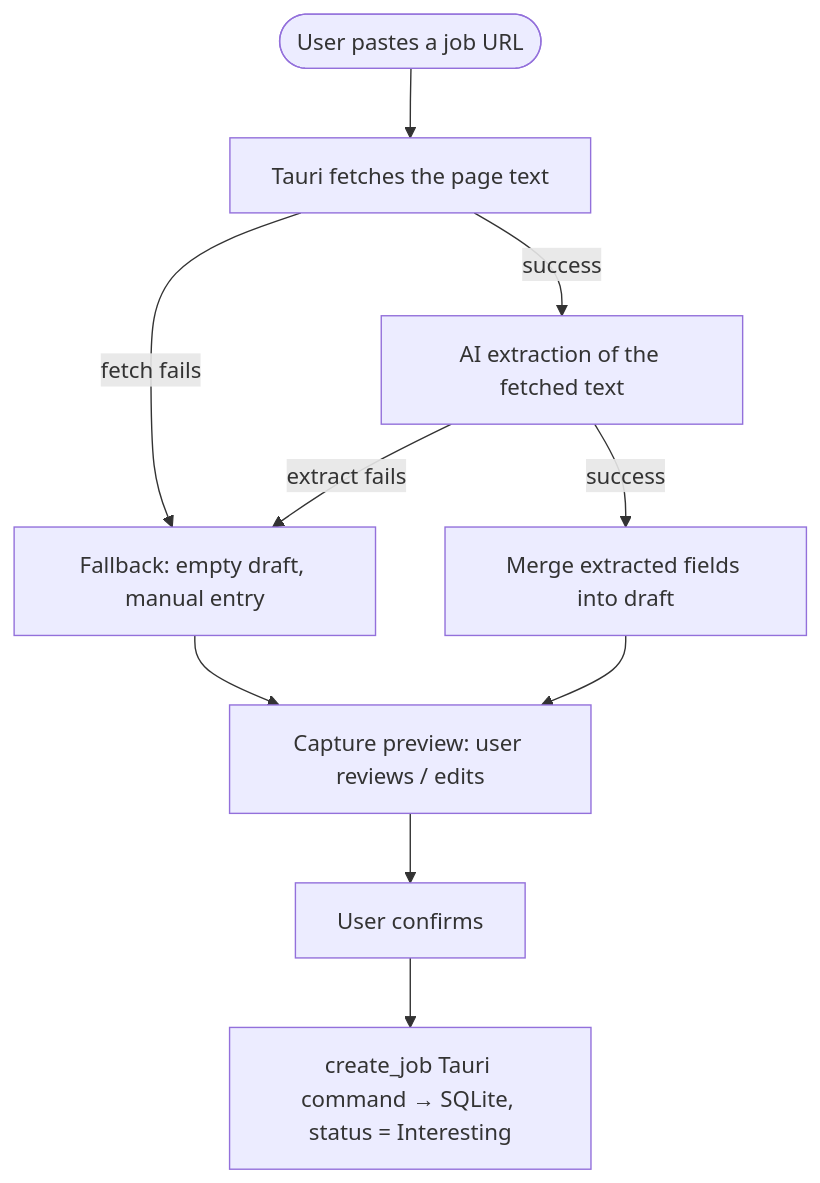
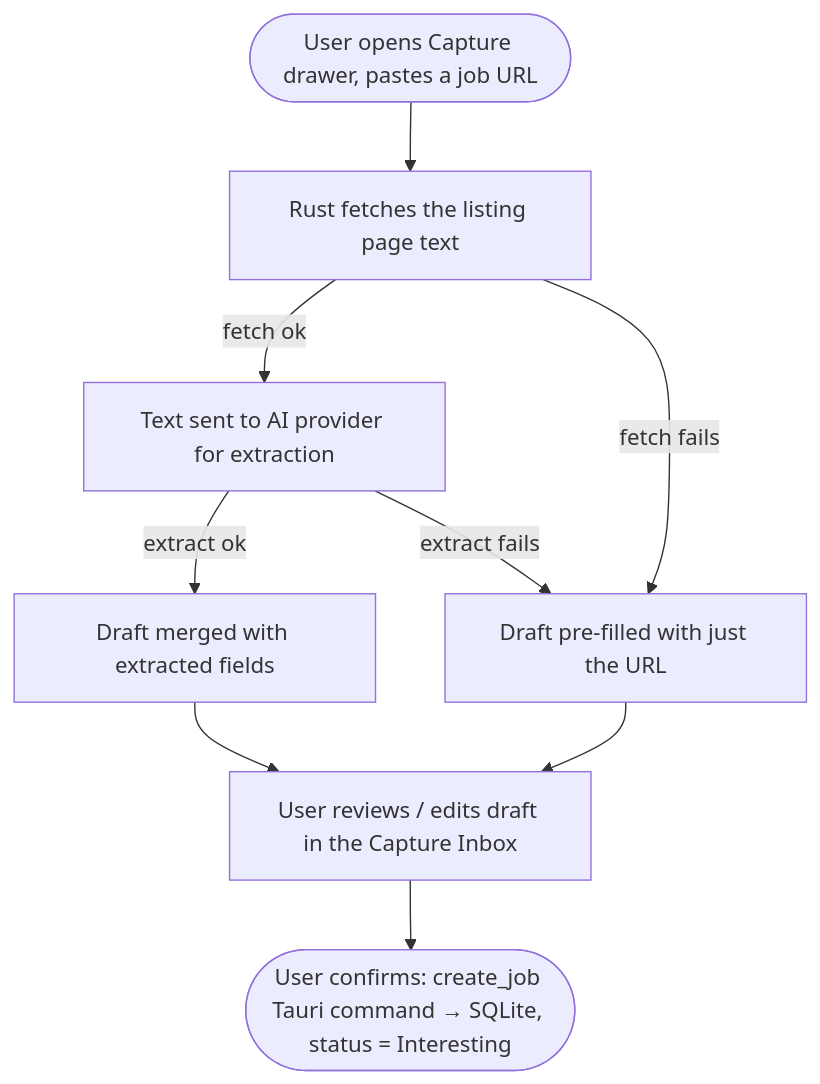
One commit to eikrad/Job-Tracker changed the third of 8 diagrams in docs/architecture.md. Above: the diagram before and after it, drawn with Mermaid. The commit also changed other lines of this file and 2 other files, not shown here.

Commit message:
docs: fix stale status pipeline, dedupe README, document missing features
- README's "How it works" diagram and Job Search section still showed
  the old Interesting → Applied → Interview → Offer pipeline and a
  3-platform search list; both are stale versus DEFAULT_STATUSES and the
  shipped 4th platform (The Hub)
- README had duplicate "Job detail page"/"Light-dark theme" bullets and
  two full copies of the Documentation and Tech Stack tables from
  incremental edits — consolidated into one of each
- docs/architecture.md's Data Storage table was wrong about where board
  column names live (browser localStorage, not SQLite) and was missing
  rows for the capture inbox queue, the Google OAuth Client ID file, and
  the automatic backup destination
- merged the two near-duplicate "Capture workflow"/"Quick capture"
  diagrams into one, and added a diagram for the listing status check
  feature (active/closed/archived/unreachable), which had no docs at all
- added a maintenance.md entry correcting stale rusqlite/rand versions
  and confirming the previously-flagged pytest version mismatch is fixed

````diff
--- a/docs/architecture.md
+++ b/docs/architecture.md
@@ -92,12 +92,11 @@
 ```mermaid
 flowchart TD
-    A([User pastes a job URL]) --> B[Tauri fetches the page text]
-    B -->|fetch fails| D[Fallback: empty draft, manual entry]
-    B -->|success| C[AI extraction of the fetched text]
-    C -->|extract fails| D
-    C -->|success| E[Merge extracted fields into draft]
-    E --> F[Capture preview: user reviews / edits]
-    D --> F
-    F --> G[User confirms]
-    G --> H[create_job Tauri command → SQLite, status = Interesting]
+    A([User opens Capture drawer, pastes a job URL]) --> B[Rust fetches the listing page text]
+    B -->|fetch ok| C[Text sent to AI provider for extraction]
+    B -->|fetch fails| G[Draft pre-filled with just the URL]
+    C -->|extract ok| D[Draft merged with extracted fields]
+    C -->|extract fails| G
+    D --> E[User reviews / edits draft in the Capture Inbox]
+    G --> E
+    E --> F([User confirms: create_job Tauri command → SQLite, status = Interesting])
 ```
````
